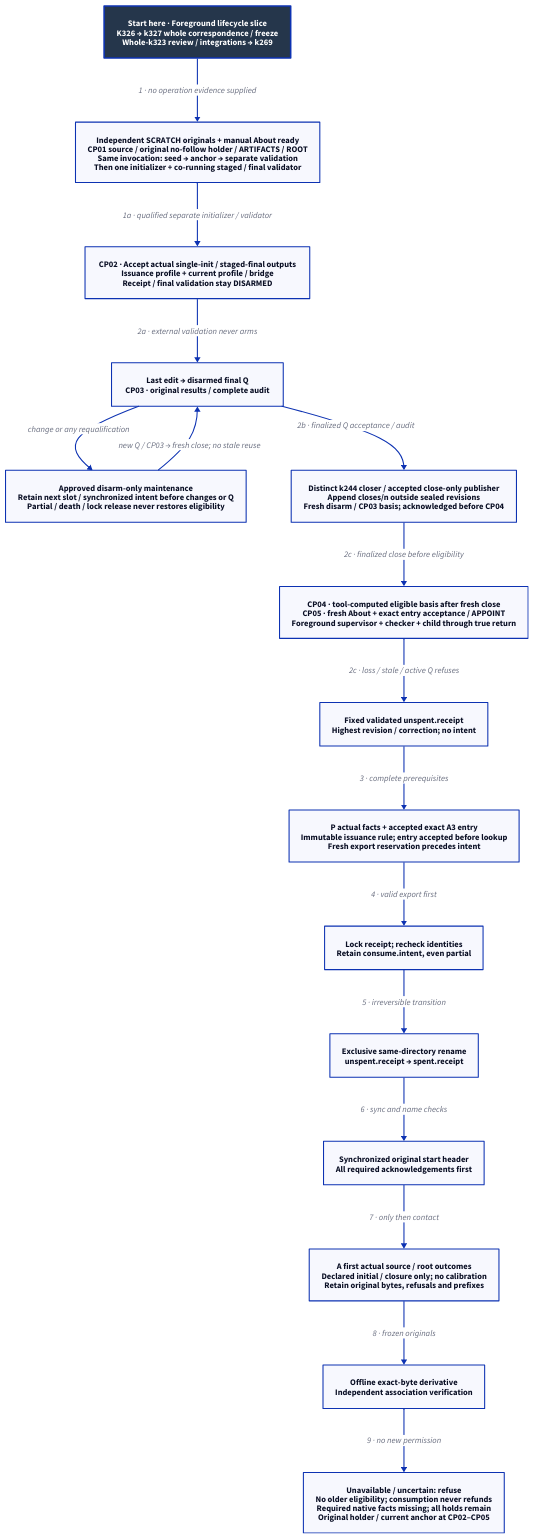
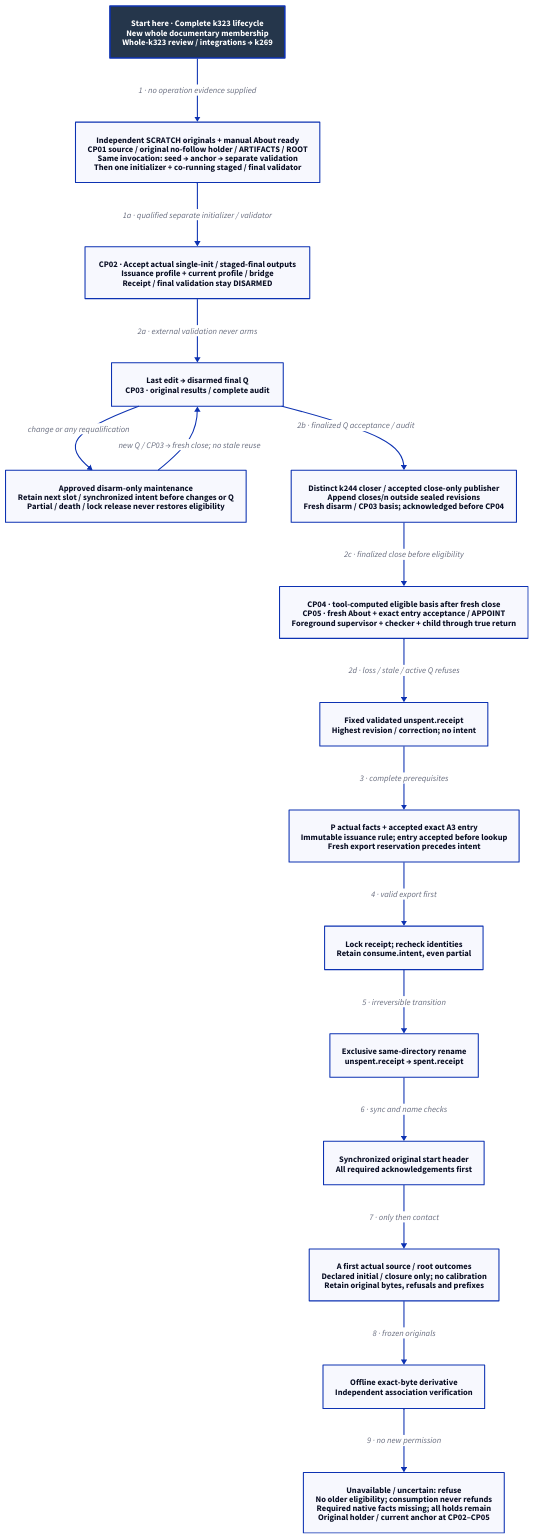
Before and after one commit to Linkuistics/Koine: the diagram in docs/design/architecture/native-reference-admission.d2, drawn with D2. The commit also changed 51 other files, not shown here.

First line of the commit message:
Complete practical admission correspondence (reference-evidence-practical-admission-correspondence-k327)

```diff
--- a/docs/design/architecture/native-reference-admission.d2
+++ b/docs/design/architecture/native-reference-admission.d2
@@ -1,35 +1,35 @@
 # Proposed lifecycle; complete contract is normative and qualification remains due.
 direction: down
 classes: {
   start: {style: {fill: "#25364B"; font-color: "#FFFFFF"; bold: true; stroke-width: 3}}
 }
-Start: "Start here · Foreground lifecycle slice\nK326 → k327 whole correspondence / freeze\nWhole-k323 review / integrations → k269" {class: start}
+Start: "Start here · Complete k323 lifecycle\nNew whole documentary membership\nWhole-k323 review / integrations → k269" {class: start}
 Qualify: "Independent SCRATCH originals + manual About ready\nCP01 source / original no-follow holder / ARTIFACTS / ROOT\nSame invocation: seed → anchor → separate validation\nThen one initializer + co-running staged / final validator"
 Provision: "CP02 · Accept actual single-init / staged-final outputs\nIssuance profile + current profile / bridge\nReceipt / final validation stay DISARMED"
 Final: "Last edit → disarmed final Q\nCP03 · original results / complete audit"
 Release: "CP04 · tool-computed eligible basis after fresh close\nCP05 · fresh About + exact entry acceptance / APPOINT\nForeground supervisor + checker + child through true return"
 Ready: "Fixed validated unspent.receipt\nHighest revision / correction; no intent"
 Export: "P actual facts + accepted exact A3 entry\nImmutable issuance rule; entry accepted before lookup\nFresh export reservation precedes intent"
 Intent: "Lock receipt; recheck identities\nRetain consume.intent, even partial"
 Spent: "Exclusive same-directory rename\nunspent.receipt → spent.receipt"
 Original: "Synchronized original start header\nAll required acknowledgements first"
 Capture: "A first actual source / root outcomes\nDeclared initial / closure only; no calibration\nRetain original bytes, refusals and prefixes"
 Derivative: "Offline exact-byte derivative\nIndependent association verification"
 Limit: "Unavailable / uncertain: refuse\nNo older eligibility; consumption never refunds\nRequired native facts missing; all holds remain\nOriginal holder / current anchor at CP02–CP05"
 Maintenance: "Approved disarm-only maintenance\nRetain next slot / synchronized intent before changes or Q\nPartial / death / lock release never restores eligibility"
 Start -> Qualify: "1 · no operation evidence supplied"
 Qualify -> Provision: "1a · qualified separate initializer / validator"
 Provision -> Final: "2a · external validation never arms"
 Close: "Distinct k244 closer / accepted close-only publisher\nAppend closes/n outside sealed revisions\nFresh disarm / CP03 basis; acknowledged before CP04"
 Final -> Close: "2b · finalized Q acceptance / audit"
 Close -> Release: "2c · finalized close before eligibility"
 Final -> Maintenance: "change or any requalification"
 Maintenance -> Final: "new Q / CP03 → fresh close; no stale reuse"
-Release -> Ready: "2c · loss / stale / active Q refuses"
+Release -> Ready: "2d · loss / stale / active Q refuses"
 Ready -> Export: "3 · complete prerequisites"
 Export -> Intent: "4 · valid export first"
 Intent -> Spent: "5 · irreversible transition"
 Spent -> Original: "6 · sync and name checks"
 Original -> Capture: "7 · only then contact"
 Capture -> Derivative: "8 · frozen originals"
 Derivative -> Limit: "9 · no new permission"
```
